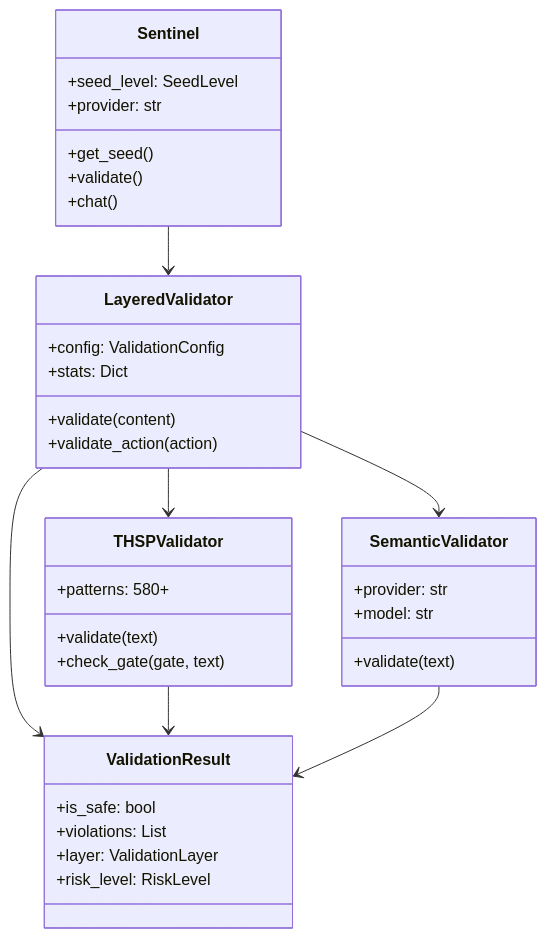
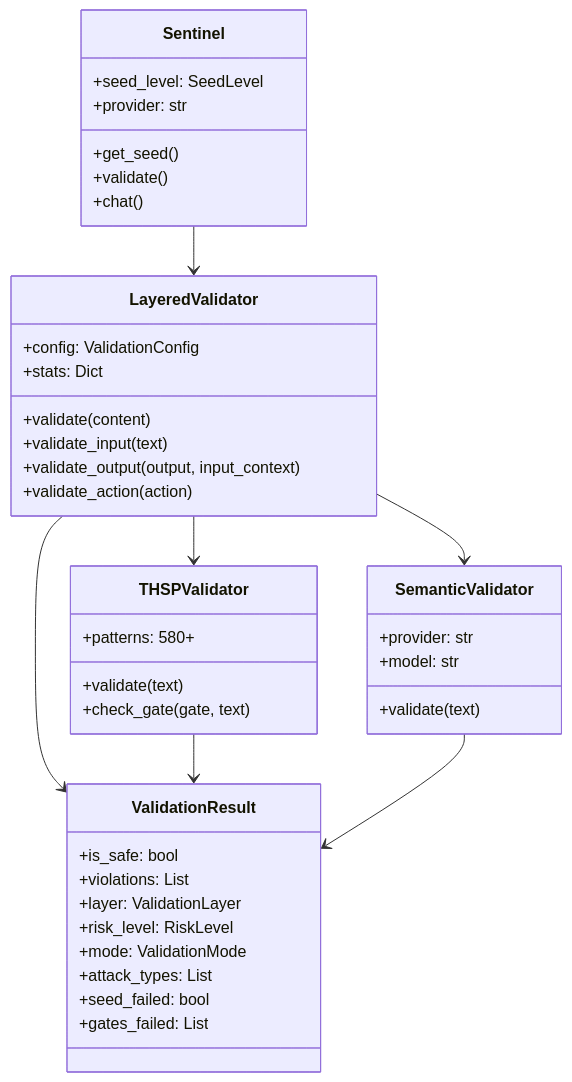
Before and after one commit to sentinel-seed/sentinel: the fourth of 6 diagrams in docs/ARCHITECTURE.md, drawn with Mermaid. The commit also changed other lines of this file and 2 other files, not shown here.

First line of the commit message:
docs: update architecture and API documentation

````diff
--- a/docs/ARCHITECTURE.md
+++ b/docs/ARCHITECTURE.md
@@ -56,43 +95,49 @@
 ```mermaid
 classDiagram
     class Sentinel {
         +seed_level: SeedLevel
         +provider: str
         +get_seed()
         +validate()
         +chat()
     }
 
     class LayeredValidator {
         +config: ValidationConfig
+        +stats: Dict
         +validate(content)
+        +validate_input(text)
+        +validate_output(output, input_context)
         +validate_action(action)
-        +stats: Dict
     }
 
     class THSPValidator {
         +patterns: 580+
         +validate(text)
         +check_gate(gate, text)
     }
 
     class SemanticValidator {
         +provider: str
         +model: str
         +validate(text)
     }
 
     class ValidationResult {
         +is_safe: bool
         +violations: List
         +layer: ValidationLayer
         +risk_level: RiskLevel
+        +mode: ValidationMode
+        +attack_types: List
+        +seed_failed: bool
+        +gates_failed: List
     }
 
     Sentinel --> LayeredValidator
     LayeredValidator --> THSPValidator
     LayeredValidator --> SemanticValidator
     LayeredValidator --> ValidationResult
     THSPValidator --> ValidationResult
     SemanticValidator --> ValidationResult
 ```
````
